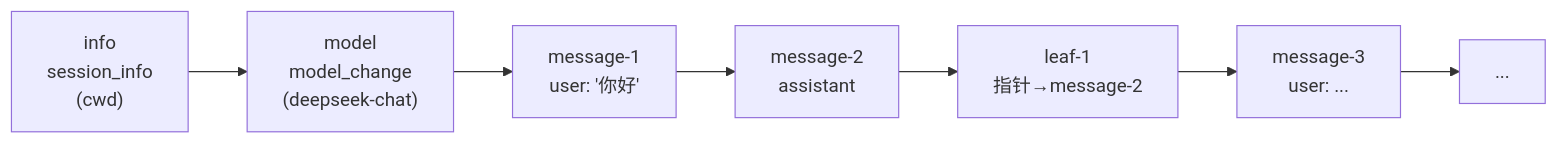
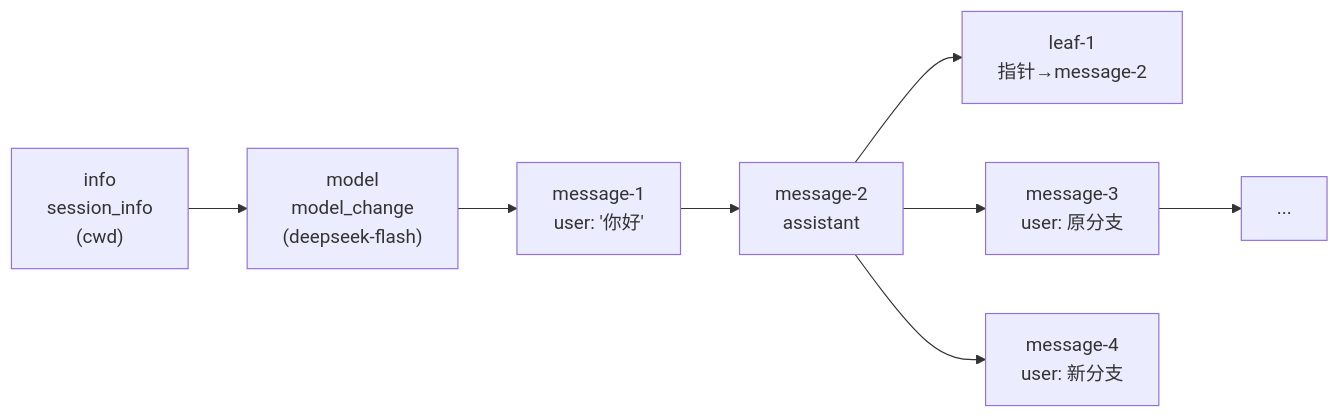
Before and after one commit to s0meb0dy3/nexa: the sixth of 6 diagrams in dev-notes/architecture-walkthrough.md, drawn with Mermaid. The commit also changed other lines of this file and 25 other files, not shown here.

````diff
--- a/dev-notes/architecture-walkthrough.md
+++ b/dev-notes/architecture-walkthrough.md
@@ -247,9 +243,10 @@
 ```mermaid
 flowchart LR
-    INFO["info<br/>session_info<br/>(cwd)"] --> MODEL["model<br/>model_change<br/>(deepseek-chat)"]
+    INFO["info<br/>session_info<br/>(cwd)"] --> MODEL["model<br/>model_change<br/>(deepseek-flash)"]
     MODEL --> M1["message-1<br/>user: '你好'"]
     M1 --> M2["message-2<br/>assistant"]
     M2 --> L1["leaf-1<br/>指针→message-2"]
-    L1 --> M3["message-3<br/>user: ..."]
+    M2 --> M3["message-3<br/>user: 原分支"]
+    M2 --> M4["message-4<br/>user: 新分支"]
     M3 --> ELL["..."]
 ```
````
